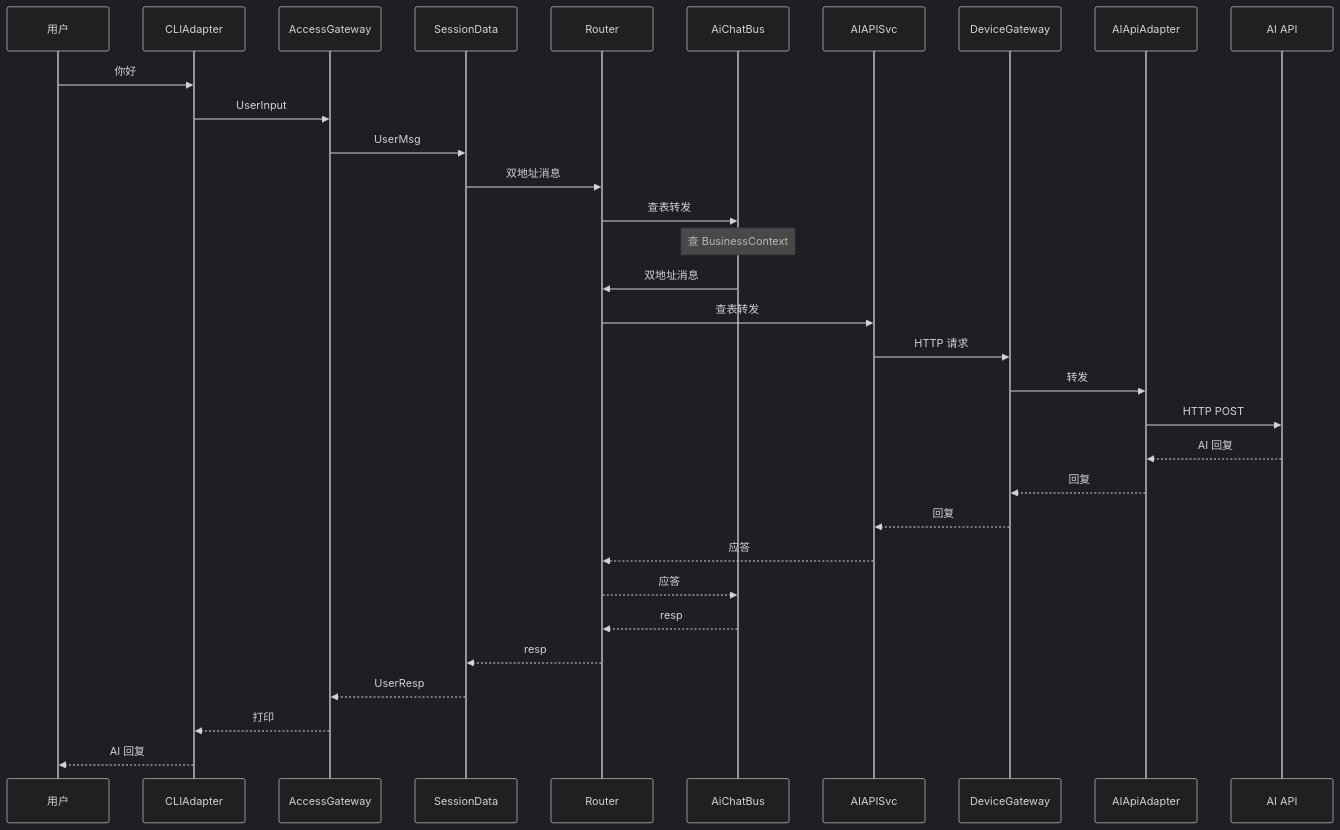
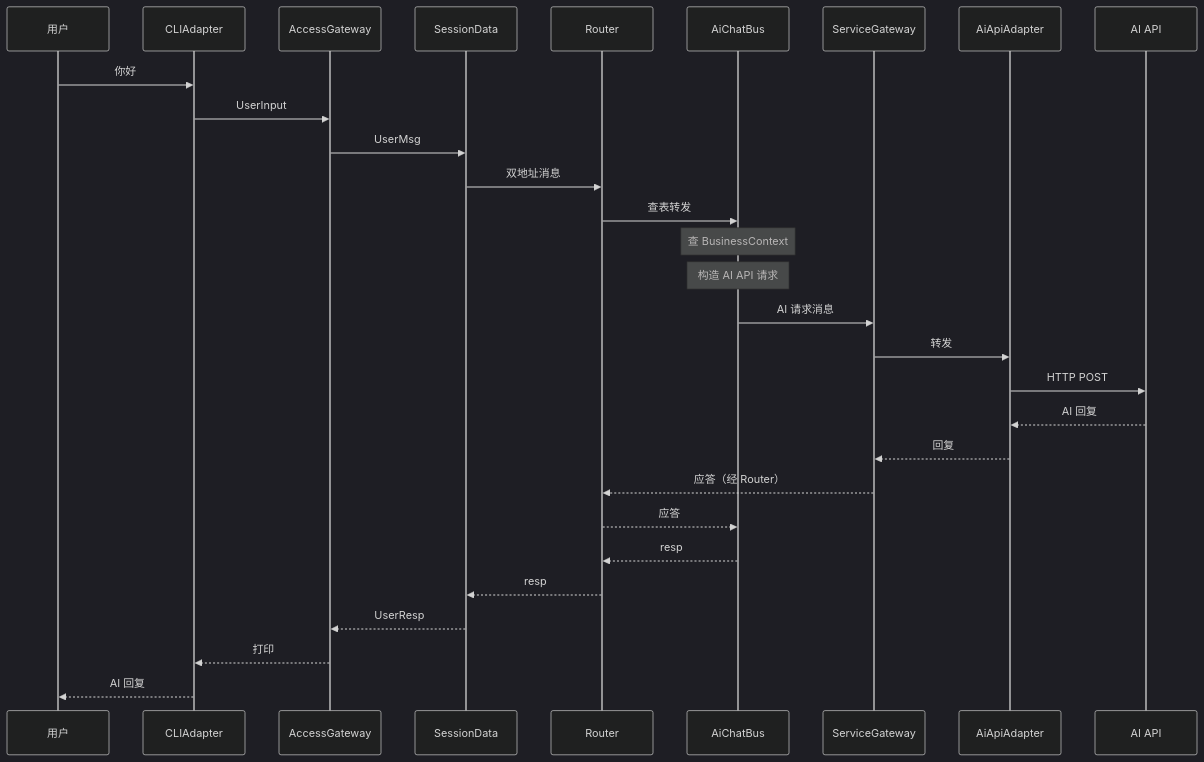
Before and after one commit to yun-qilong/flow_hub: the third of 4 diagrams in README.md, drawn with Mermaid (dark theme). The commit also changed other lines of this file and 41 other files, not shown here.

````diff
--- a/README.md
+++ b/README.md
@@ -288,37 +289,34 @@
 ```mermaid
 sequenceDiagram
     participant User as 用户
     participant CLI as CLIAdapter
     participant AG as AccessGateway
     participant SD as SessionData
     participant R as Router
     participant AI as AiChatBus
-    participant APISvc as AIAPISvc
-    participant DG as DeviceGateway
-    participant APIAd as AIApiAdapter
+    participant SG as ServiceGateway
+    participant ApiAd as AiApiAdapter
     participant ExtAPI as AI API
 
     User->>CLI: 你好
     CLI->>AG: UserInput
     AG->>SD: UserMsg
     SD->>R: 双地址消息
     R->>AI: 查表转发
 
     Note over AI: 查 BusinessContext
+    Note over AI: 构造 AI API 请求
 
-    AI->>R: 双地址消息
-    R->>APISvc: 查表转发
-    APISvc->>DG: HTTP 请求
-    DG->>APIAd: 转发
-    APIAd->>ExtAPI: HTTP POST
-    ExtAPI-->>APIAd: AI 回复
-    APIAd-->>DG: 回复
-    DG-->>APISvc: 回复
-    APISvc-->>R: 应答
+    AI->>SG: AI 请求消息
+    SG->>ApiAd: 转发
+    ApiAd->>ExtAPI: HTTP POST
+    ExtAPI-->>ApiAd: AI 回复
+    ApiAd-->>SG: 回复
+    SG-->>R: 应答（经 Router）
     R-->>AI: 应答
     AI-->>R: resp
     R-->>SD: resp
     SD-->>AG: UserResp
     AG-->>CLI: 打印
     CLI-->>User: AI 回复
 ```
````
